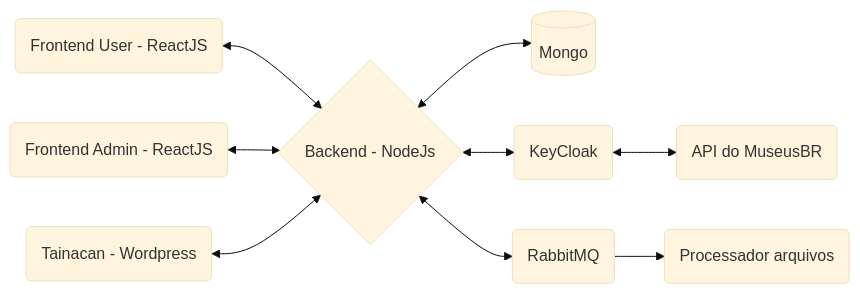
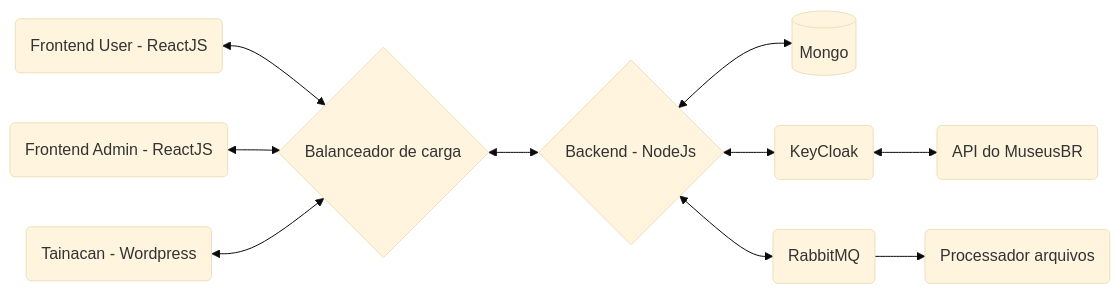
The diagram in docs/arquitetura.md (Nocs-lab/inbcm-docs), drawn with Mermaid (base theme) before and after one commit. The commit also changed 8 other files, not shown here.

Commit message:
Ajustes nos diagramas de arquitetura e classes

````diff
--- a/docs/arquitetura.md
+++ b/docs/arquitetura.md
@@ -7,11 +7,12 @@
 ```mermaid
 graph LR
-    A(Frontend User - ReactJS) <--> E{Backend - NodeJs}
-    C(Frontend Admin - ReactJS) <--> E{Backend - NodeJs}
-    D(Tainacan - Wordpress) <--> E{Backend - NodeJs}
+    A(Frontend User - ReactJS) <--> L{Balanceador de carga}
+    C(Frontend Admin - ReactJS) <--> L{Balanceador de carga}
+    D(Tainacan - Wordpress) <--> L{Balanceador de carga}
+    L{Balanceador de carga} <--> E{Backend - NodeJs}
     E{Backend - NodeJs} <--> F[(Mongo)]
     E{Backend - NodeJs} <--> G(KeyCloak)
     G(KeyCloak) <--> H(API do MuseusBR)
     E{Backend - NodeJs} <--> I(RabbitMQ)
     I(RabbitMQ) --> J(Processador arquivos)
 ```
````
